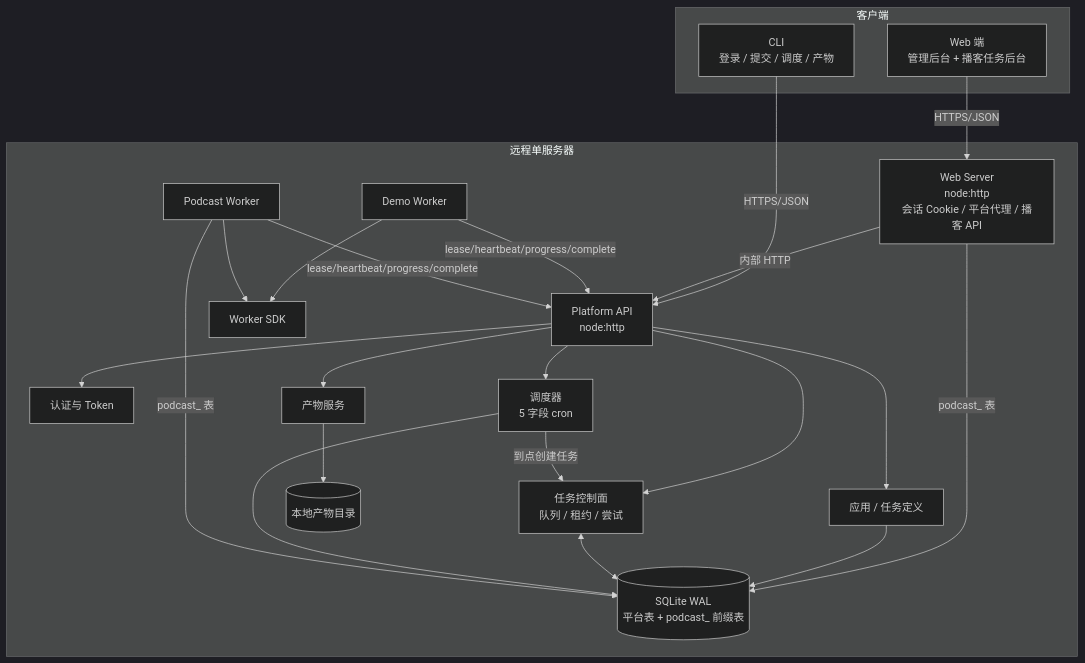
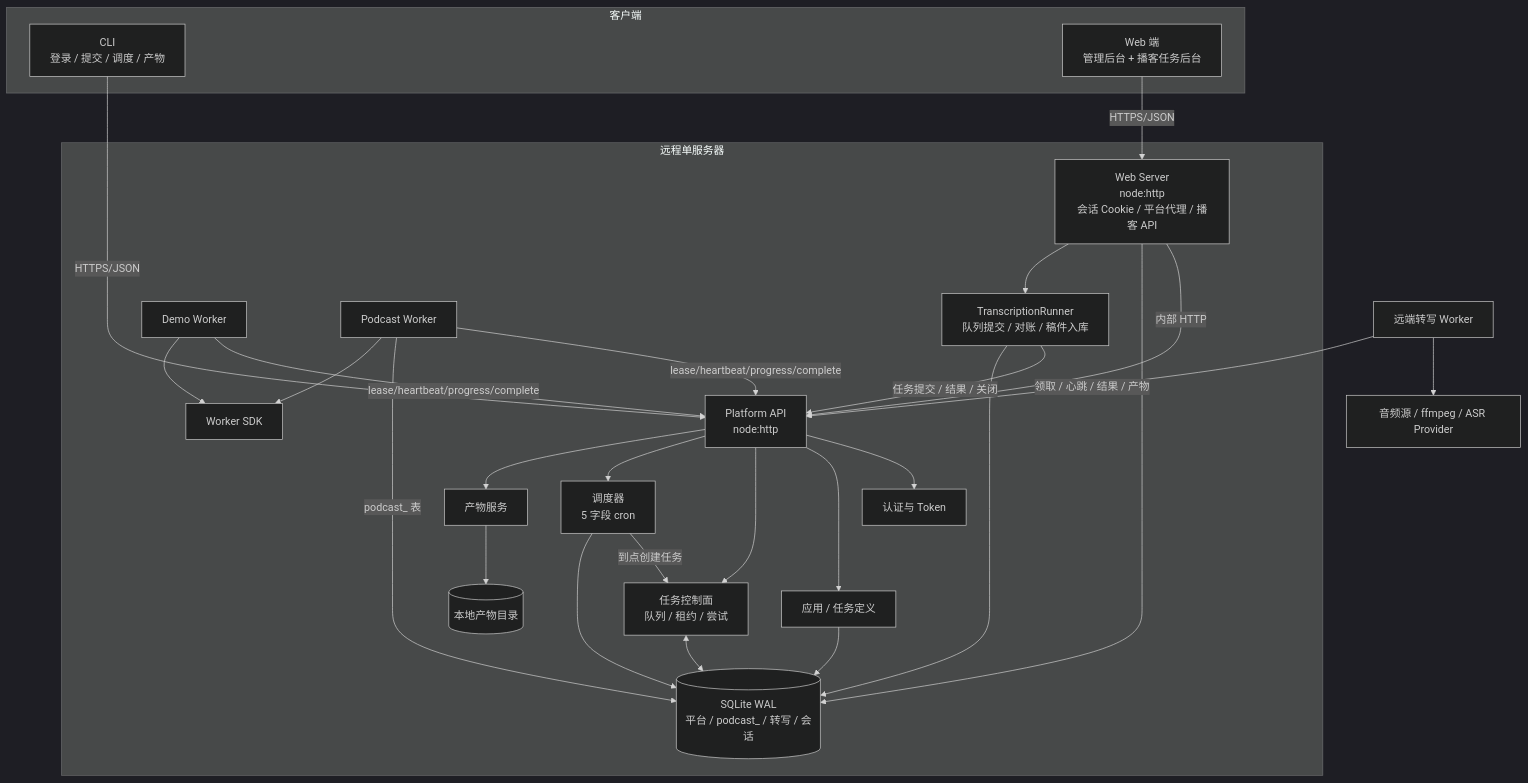
Before and after one commit to yueyao/yuxu-dynamic: the first of 5 diagrams in taskbase/docs/architecture.md, drawn with Mermaid (dark theme). The commit also changed other lines of this file and 16 other files, not shown here.

````diff
--- a/taskbase/docs/architecture.md
+++ b/taskbase/docs/architecture.md
@@ -30,42 +30,48 @@
 ```mermaid
 flowchart TB
     subgraph CLIENTS[客户端]
         CLI[CLI\n登录 / 提交 / 调度 / 产物]
         WEB[Web 端\n管理后台 + 播客任务后台]
     end
 
     subgraph SERVER[远程单服务器]
         WEBS[Web Server\nnode:http\n会话 Cookie / 平台代理 / 播客 API]
+        RUNNER[TranscriptionRunner\n队列提交 / 对账 / 稿件入库]
         API[Platform API\nnode:http]
         AUTH[认证与 Token]
         DEF[应用 / 任务定义]
         TASK[任务控制面\n队列 / 租约 / 尝试]
         SCH[调度器\n5 字段 cron]
         ART[产物服务]
         SDK[Worker SDK]
         W1[Demo Worker]
         W2[Podcast Worker]
-        DB[(SQLite WAL\n平台表 + podcast_ 前缀表)]
+        DB[(SQLite WAL\n平台 / podcast_ / 转写 / 会话)]
         FILES[(本地产物目录)]
     end
 
     CLI -->|HTTPS/JSON| API
     WEB -->|HTTPS/JSON| WEBS
     WEBS -->|内部 HTTP| API
-    WEBS -->|podcast_ 表| DB
+    WEBS --> DB
+    WEBS --> RUNNER
+    RUNNER -->|任务提交 / 结果 / 关闭| API
+    RUNNER --> DB
     API --> AUTH
     API --> DEF
     API --> TASK
     API --> SCH
     API --> ART
     DEF --> DB
     TASK <--> DB
     SCH -->|到点创建任务| TASK
     SCH --> DB
     ART --> FILES
     W1 -->|lease/heartbeat/progress/complete| API
     W2 -->|lease/heartbeat/progress/complete| API
     W2 -->|podcast_ 表| DB
     W1 --> SDK
     W2 --> SDK
+    W3[远端转写 Worker] -->|领取 / 心跳 / 结果 / 产物| API
+    W3 --> ASR[音频源 / ffmpeg / ASR Provider]
 ```
````
